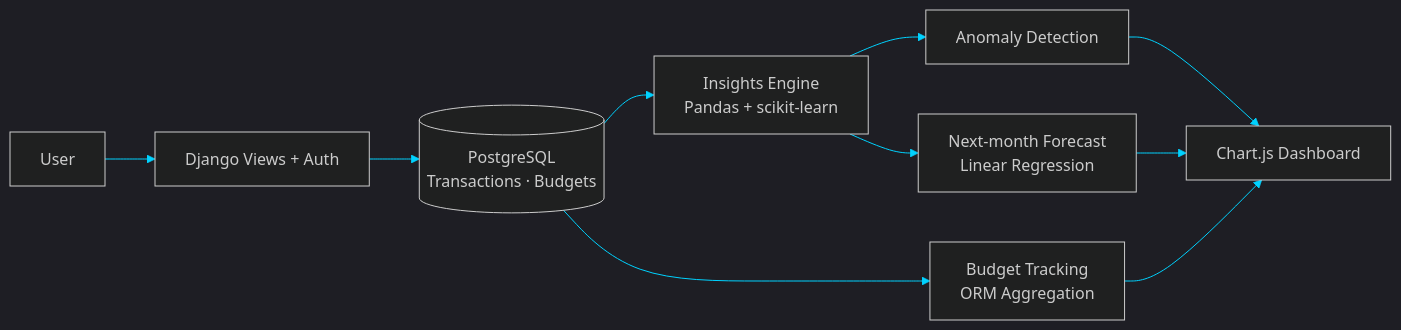
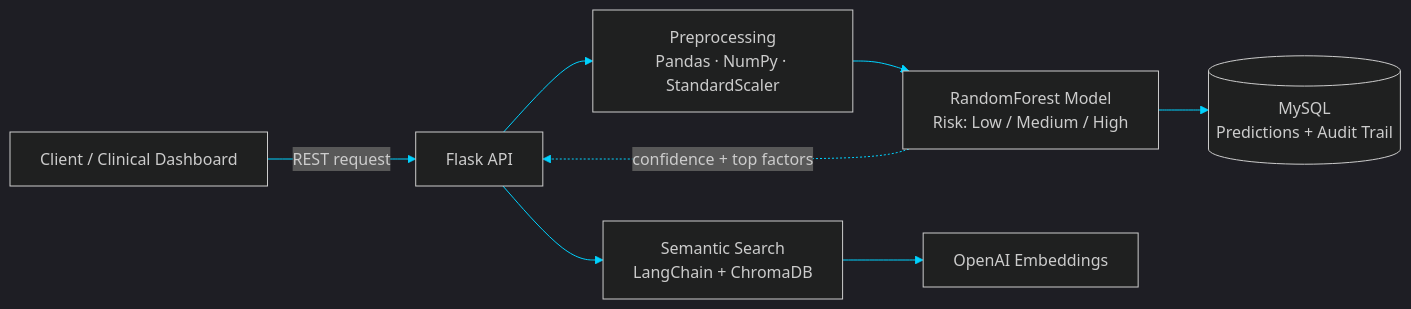
One commit to punniyam26-hash/punniyam26-hash changed the second of 2 diagrams in README.md. Above: the diagram before and after it, drawn with Mermaid. The commit also changed other lines of this file, not shown here.

````diff
--- a/README.md
+++ b/README.md
@@ -110,13 +116,11 @@
 ```mermaid
 %%{init: {'theme':'dark','themeVariables':{'primaryColor':'#1b1f3b','primaryBorderColor':'#7F5AF0','primaryTextColor':'#E6EDF3','lineColor':'#00D2FF','secondaryColor':'#13203a','tertiaryColor':'#0d1117'}}}%%
 flowchart LR
-    U[User] --> V[Django Views + Auth]
-    V --> P[(PostgreSQL<br/>Transactions · Budgets)]
-    P --> I[Insights Engine<br/>Pandas + scikit-learn]
-    I --> AD[Anomaly Detection]
-    I --> NF[Next-month Forecast<br/>Linear Regression]
-    P --> BT[Budget Tracking<br/>ORM Aggregation]
-    AD --> CJ[Chart.js Dashboard]
-    NF --> CJ
-    BT --> CJ
+    A[Client / Clinical Dashboard] -->|REST request| B[Flask API]
+    B --> C[Preprocessing<br/>Pandas · NumPy · StandardScaler]
+    C --> D[RandomForest Model<br/>Risk: Low / Medium / High]
+    D --> E[(MySQL<br/>Predictions + Audit Trail)]
+    B --> F[Semantic Search<br/>LangChain + ChromaDB]
+    F --> G[OpenAI Embeddings]
+    D -. confidence + top factors .-> B
 ```
````
